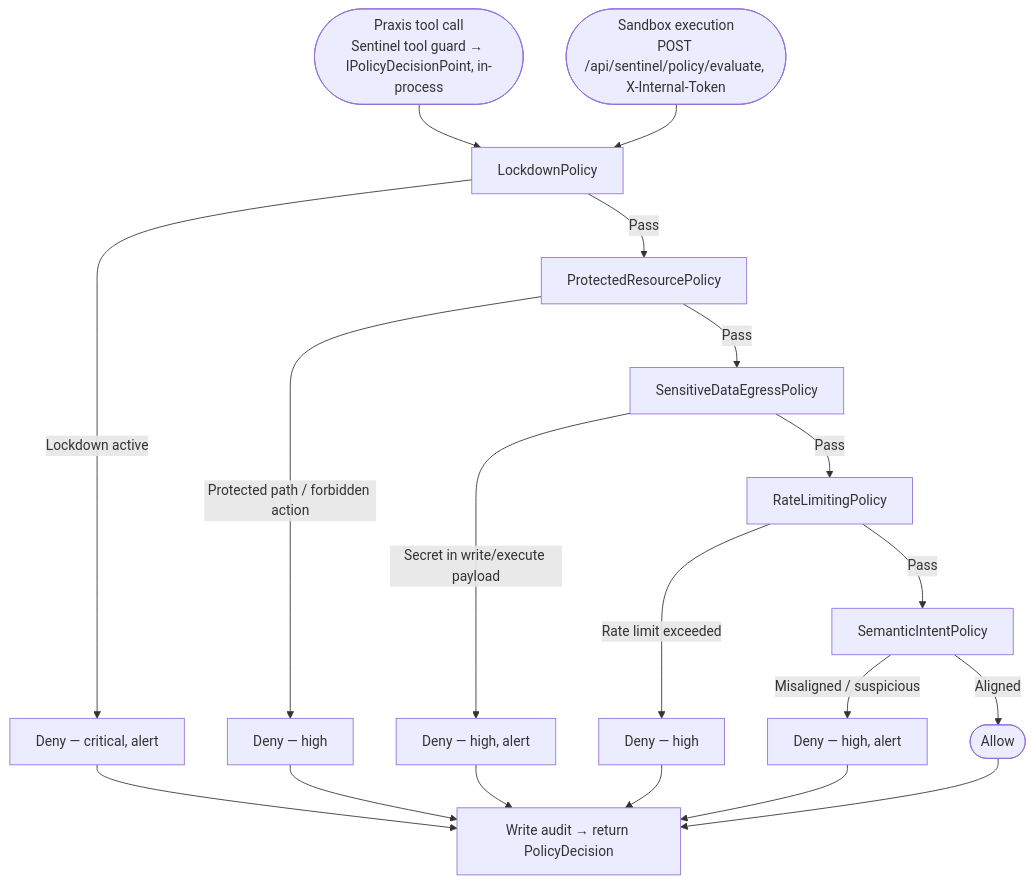
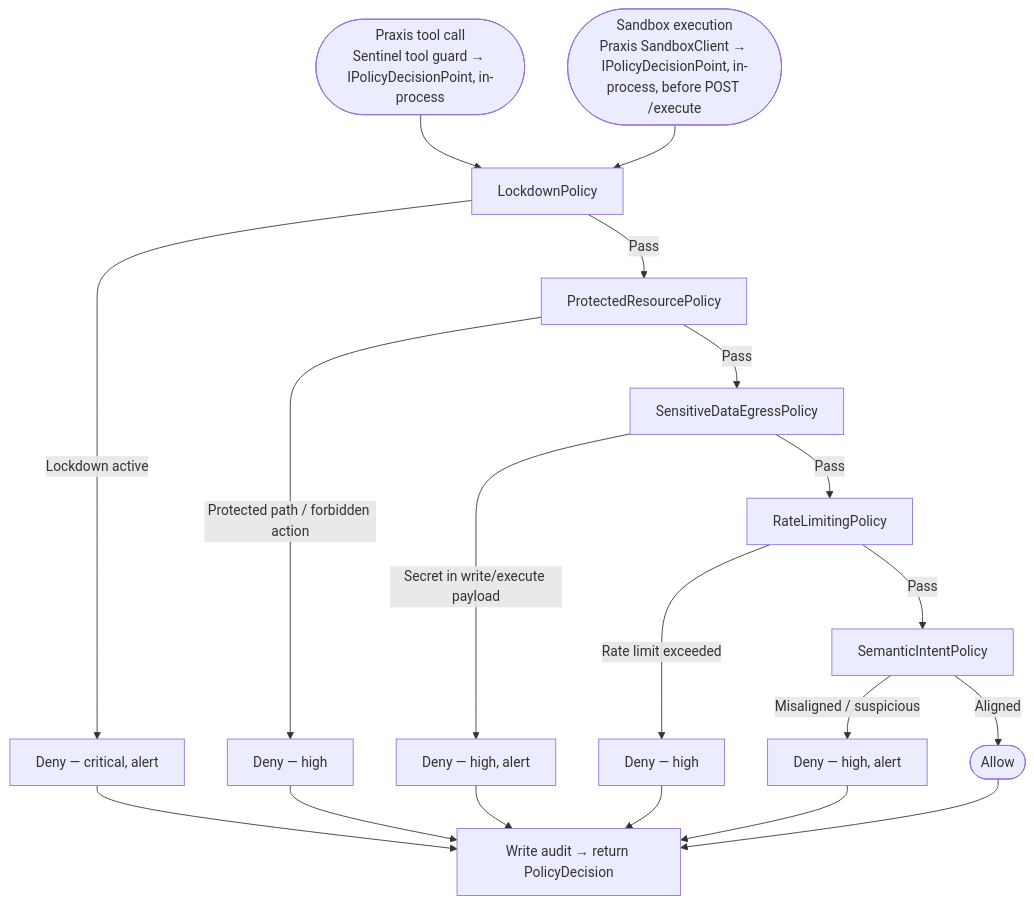
Before and after one commit to mihailshterev/sentium: the diagram in docs/diagrams/sentinel-1-policy-evaluation-pipeline.md, drawn with Mermaid. The commit also changed 36 other files, not shown here.

Commit message:
refactor(security): authorize sandbox runs in-process and isolate sidecars on internal networks (#192)

````diff
--- a/docs/diagrams/sentinel-1-policy-evaluation-pipeline.md
+++ b/docs/diagrams/sentinel-1-policy-evaluation-pipeline.md
@@ -1,18 +1,18 @@
 ```mermaid
 flowchart TD
     IN1([Praxis tool call<br/>Sentinel tool guard → IPolicyDecisionPoint, in-process]) --> LD
-    IN2([Sandbox execution<br/>POST /api/sentinel/policy/evaluate, X-Internal-Token]) --> LD
+    IN2([Sandbox execution<br/>Praxis SandboxClient → IPolicyDecisionPoint, in-process, before POST /execute]) --> LD
     LD[LockdownPolicy]
     LD -->|Lockdown active| D1[Deny — critical, alert]
     LD -->|Pass| PR[ProtectedResourcePolicy]
     PR -->|Protected path / forbidden action| D2[Deny — high]
     PR -->|Pass| SE[SensitiveDataEgressPolicy]
     SE -->|Secret in write/execute payload| D3[Deny — high, alert]
     SE -->|Pass| RL[RateLimitingPolicy]
     RL -->|Rate limit exceeded| D4[Deny — high]
     RL -->|Pass| SI[SemanticIntentPolicy]
     SI -->|Misaligned / suspicious| D5[Deny — high, alert]
     SI -->|Aligned| ALLOW([Allow])
     D1 & D2 & D3 & D4 & D5 --> AUDIT[Write audit → return PolicyDecision]
     ALLOW --> AUDIT
 ```
````
